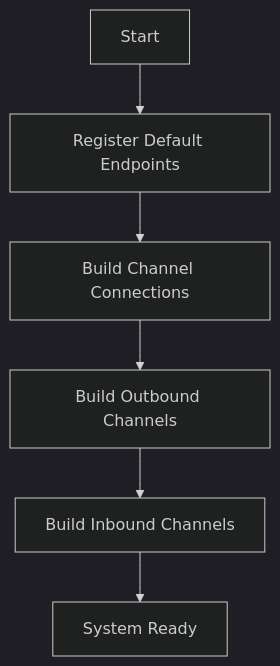
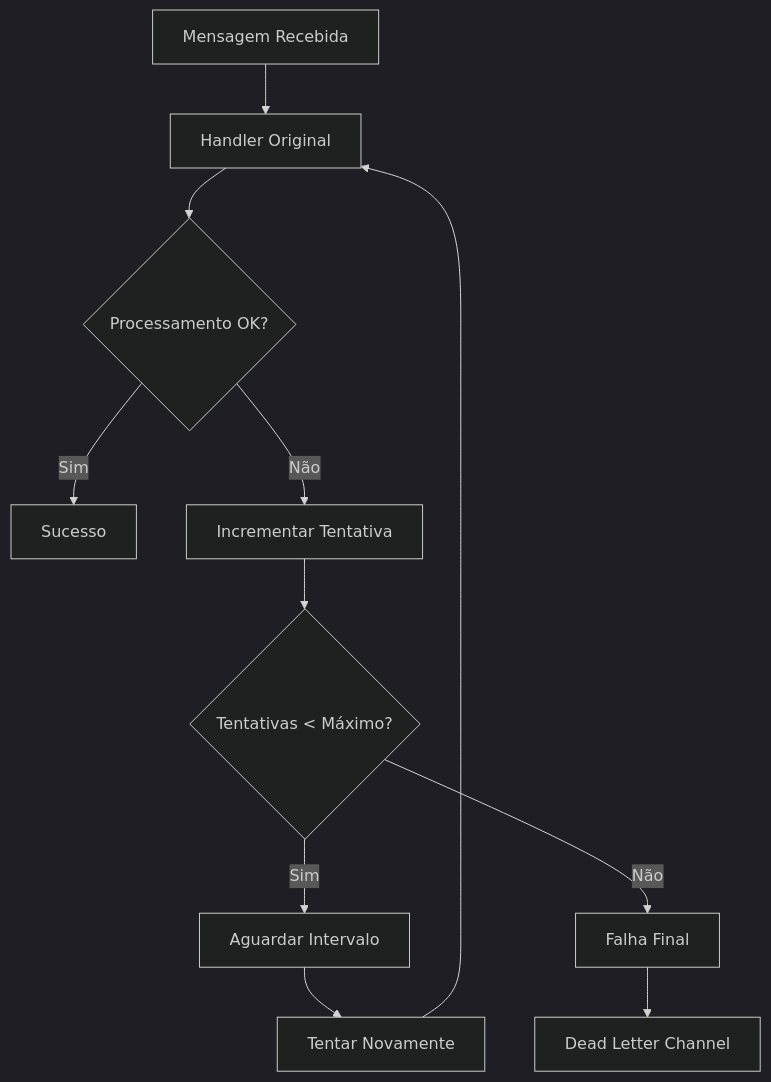
One commit to JeffersonBrasilino/hex-api-go changed the fifth of 8 diagrams in README.md. Above: the diagram before and after it, drawn with Mermaid (dark theme). The commit also changed other lines of this file and 506 other files, not shown here.

````diff
--- a/README.md
+++ b/README.md
@@ -620,8 +912,13 @@
 ```mermaid
-graph TD
-    A[Start] --> B[Register Default Endpoints]
-    B --> C[Build Channel Connections]
-    C --> D[Build Outbound Channels]
-    D --> E[Build Inbound Channels]
-    E --> F[System Ready]
+flowchart TD
+    A[Mensagem Recebida] --> B[Handler Original]
+    B --> C{Processamento OK?}
+    C -->|Sim| D[Sucesso]
+    C -->|Não| E[Incrementar Tentativa]
+    E --> F{Tentativas < Máximo?}
+    F -->|Sim| G[Aguardar Intervalo]
+    G --> H[Tentar Novamente]
+    H --> B
+    F -->|Não| I[Falha Final]
+    I --> J[Dead Letter Channel]
 ```
````
